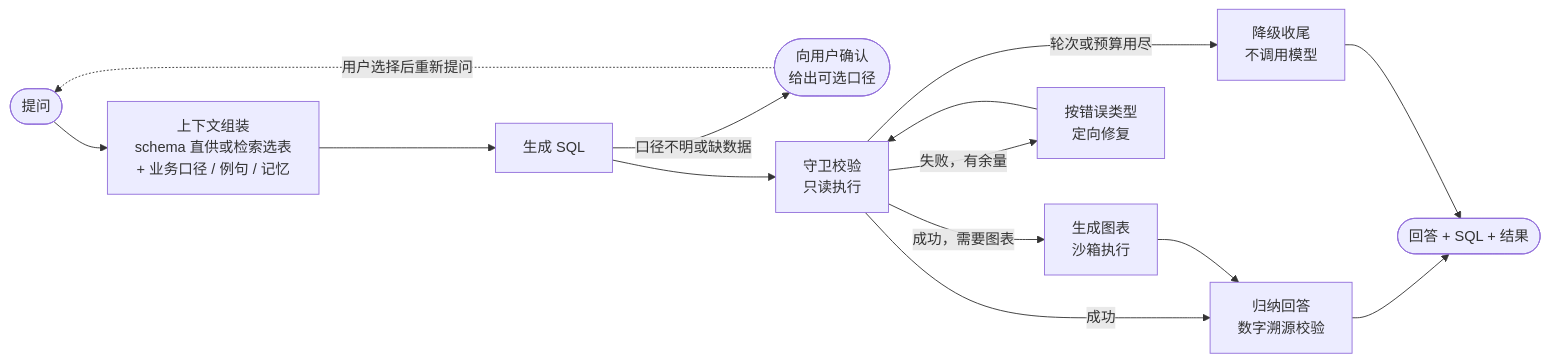
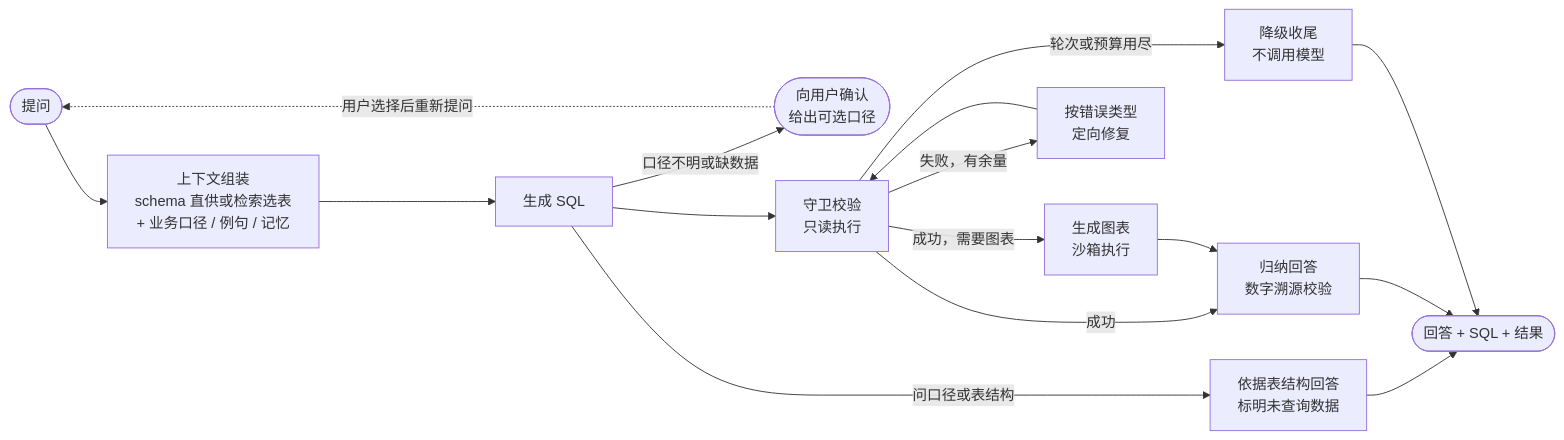
The diagram in README.md (BlackMeovv/DeepQuery), drawn with Mermaid before and after one commit. The commit also changed other lines of this file and 14 other files, not shown here.

````diff
--- a/README.md
+++ b/README.md
@@ -135,16 +135,18 @@
 ```mermaid
 flowchart LR
     Q([提问]) --> CTX["上下文组装<br/>schema 直供或检索选表<br/>+ 业务口径 / 例句 / 记忆"]
     CTX --> GEN[生成 SQL]
     GEN -- 口径不明或缺数据 --> ASK(["向用户确认<br/>给出可选口径"])
     ASK -. 用户选择后重新提问 .-> Q
+    GEN -- 问口径或表结构 --> META["依据表结构回答<br/>标明未查询数据"]
+    META --> OUT
     GEN --> EXE["守卫校验<br/>只读执行"]
     EXE -- 成功 --> SUM["归纳回答<br/>数字溯源校验"]
     EXE -- 成功，需要图表 --> CH["生成图表<br/>沙箱执行"]
     CH --> SUM
     EXE -- 失败，有余量 --> REP["按错误类型<br/>定向修复"]
     REP --> EXE
     EXE -- 轮次或预算用尽 --> FB["降级收尾<br/>不调用模型"]
     SUM --> OUT([回答 + SQL + 结果])
     FB --> OUT
 ```
````
